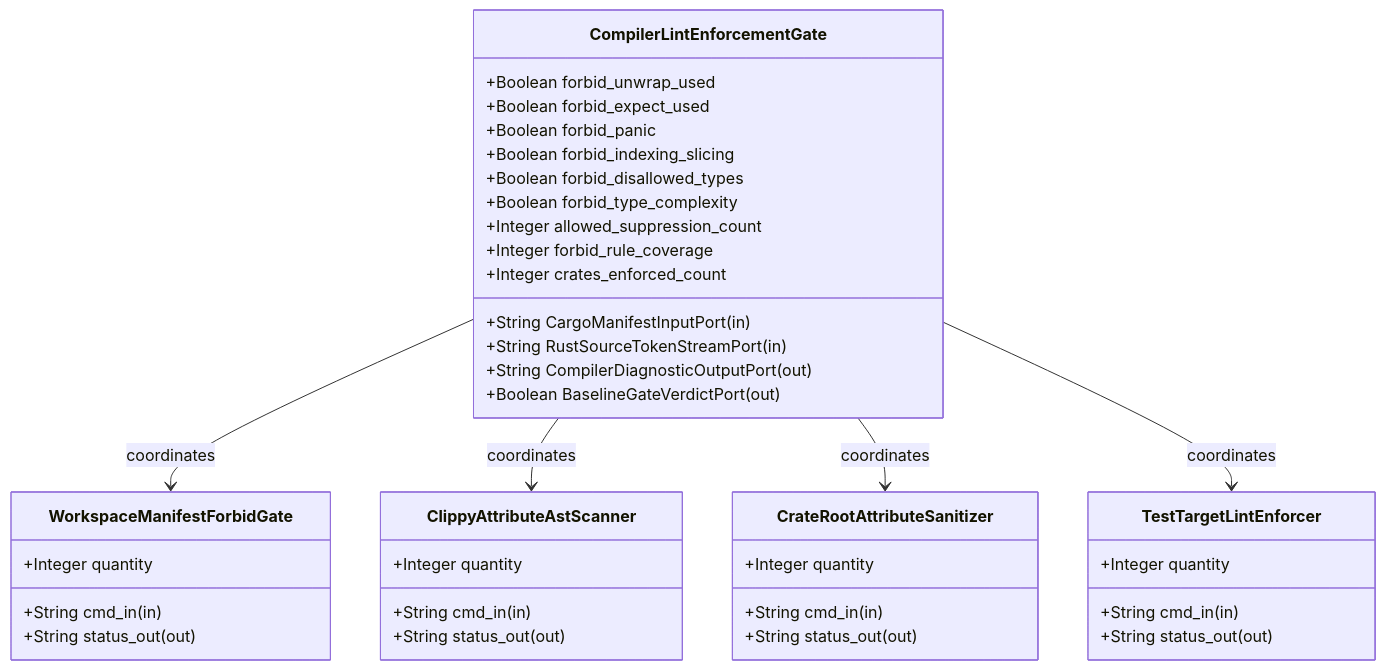
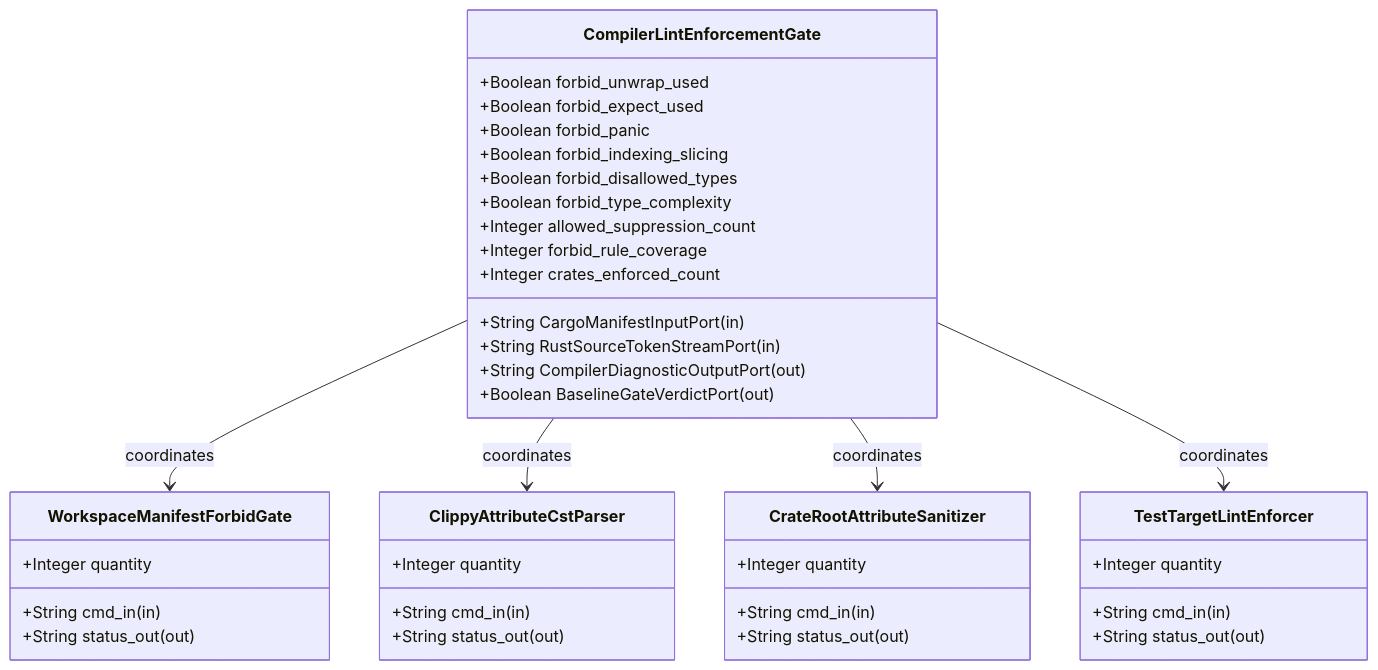
Before and after one commit to gintatkinson/DEAP01-spec-core: the first of 2 diagrams in .pipeline/upstream/docs/epics/EPIC-01-BP_01_Compiler_Enforced_Forbid_Lint_Gate_and_Zero_Suppression_AST_Architecture_Blueprint.md, drawn with Mermaid. The commit also changed other lines of this file and 196 other files, not shown here.

````diff
--- a/.pipeline/upstream/docs/epics/EPIC-01-BP_01_Compiler_Enforced_Forbid_Lint_Gate_and_Zero_Suppression_AST_Architecture_Blueprint.md
+++ b/.pipeline/upstream/docs/epics/EPIC-01-BP_01_Compiler_Enforced_Forbid_Lint_Gate_and_Zero_Suppression_AST_Architecture_Blueprint.md
@@ -56,42 +56,42 @@
 ```mermaid
 classDiagram
     class CompilerLintEnforcementGate {
         +String CargoManifestInputPort (in)
         +String RustSourceTokenStreamPort (in)
         +String CompilerDiagnosticOutputPort (out)
         +Boolean BaselineGateVerdictPort (out)
         +Boolean forbid_unwrap_used
         +Boolean forbid_expect_used
         +Boolean forbid_panic
         +Boolean forbid_indexing_slicing
         +Boolean forbid_disallowed_types
         +Boolean forbid_type_complexity
         +Integer allowed_suppression_count
         +Integer forbid_rule_coverage
         +Integer crates_enforced_count
     }
     class WorkspaceManifestForbidGate {
         +String cmd_in (in)
         +String status_out (out)
         +Integer quantity
     }
-    class ClippyAttributeAstScanner {
+    class ClippyAttributeCstParser {
         +String cmd_in (in)
         +String status_out (out)
         +Integer quantity
     }
     class CrateRootAttributeSanitizer {
         +String cmd_in (in)
         +String status_out (out)
         +Integer quantity
     }
     class TestTargetLintEnforcer {
         +String cmd_in (in)
         +String status_out (out)
         +Integer quantity
     }
     CompilerLintEnforcementGate --> WorkspaceManifestForbidGate : coordinates
-    CompilerLintEnforcementGate --> ClippyAttributeAstScanner : coordinates
+    CompilerLintEnforcementGate --> ClippyAttributeCstParser : coordinates
     CompilerLintEnforcementGate --> CrateRootAttributeSanitizer : coordinates
     CompilerLintEnforcementGate --> TestTargetLintEnforcer : coordinates
 ```
````
